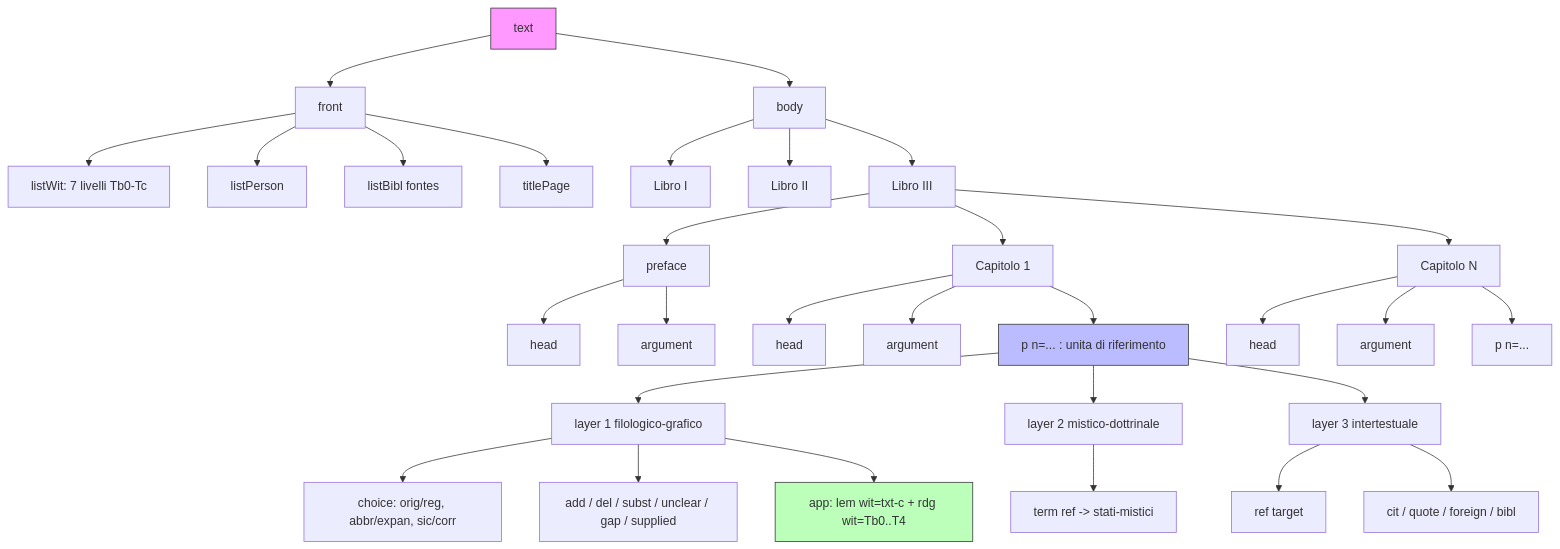
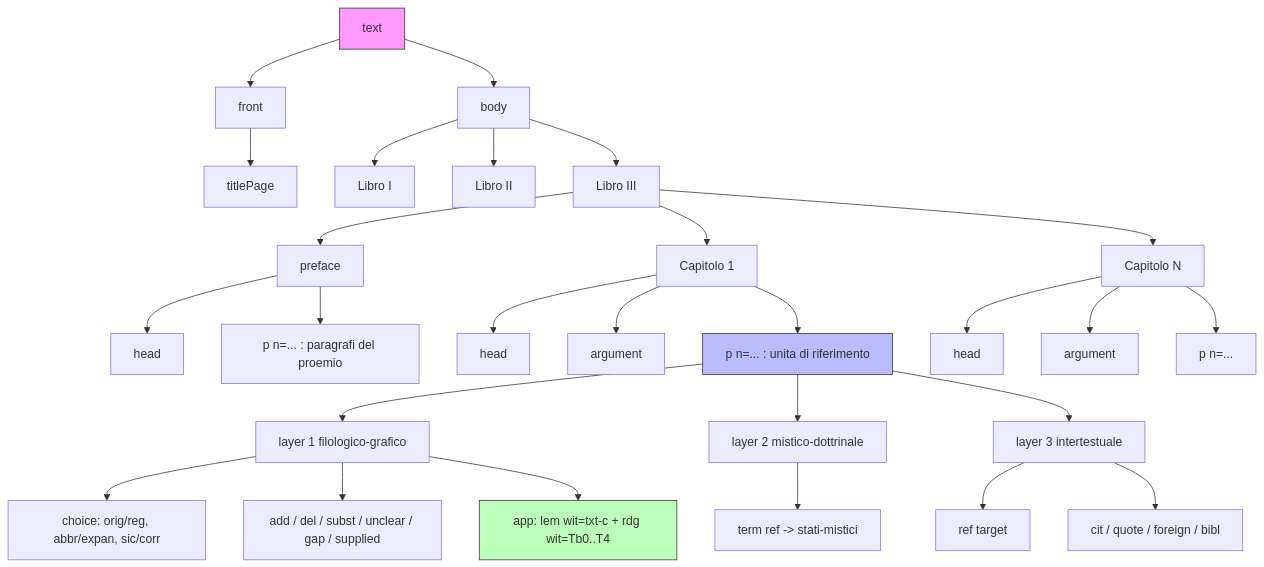
The diagram in tei-model/text/model-text-diagramma.md (luciano-longo77/castello-dell-anima-edizione), drawn with Mermaid before and after one commit.

Commit message:
Refactor model-text-diagramma.md structure
Removed listWit, listPerson, and listBibl from front section and updated preface to reference paragraphs.

````diff
--- a/tei-model/text/model-text-diagramma.md
+++ b/tei-model/text/model-text-diagramma.md
@@ -1,45 +1,43 @@
 ```mermaid
 graph TD
   text[text] --> front[front]
   text --> body[body]
 
-  front --> listWit[listWit: 7 livelli Tb0-Tc]
-  front --> listPerson[listPerson]
-  front --> listBibl[listBibl fontes]
   front --> titlePage[titlePage]
+  %% listWit / listPerson / listBibl NON stanno nel front: sono dichiarati nel teiHeader
 
   body --> libro1[Libro I]
   body --> libro2[Libro II]
   body --> libro3[Libro III]
 
   libro3 --> preface[preface]
   libro3 --> cap1[Capitolo 1]
   libro3 --> capN[Capitolo N]
 
   preface --> headPref[head]
-  preface --> argumentPref[argument]
+  preface --> pPref[p n=... : paragrafi del proemio]
 
   cap1 --> head1[head]
   cap1 --> argument1[argument]
   cap1 --> paragraphs1[p n=... : unita di riferimento]
 
   capN --> headN[head]
   capN --> argumentN[argument]
   capN --> paragraphsN[p n=...]
 
   %% Dentro <p>: i tre layer, nessun seg/@ana interpretativo
   paragraphs1 --> L1[layer 1 filologico-grafico]
   paragraphs1 --> L2[layer 2 mistico-dottrinale]
   paragraphs1 --> L3[layer 3 intertestuale]
 
   L1 --> choice[choice: orig/reg, abbr/expan, sic/corr]
   L1 --> genetic[add / del / subst / unclear / gap / supplied]
   L1 --> app[app: lem wit=txt-c + rdg wit=Tb0..T4]
   L2 --> term[term ref -> stati-mistici]
   L3 --> ref[ref target]
   L3 --> cit[cit / quote / foreign / bibl]
 
   style text fill:#f9f,stroke:#333
   style paragraphs1 fill:#bbf,stroke:#333
   style app fill:#bfb,stroke:#333
 ```
````
